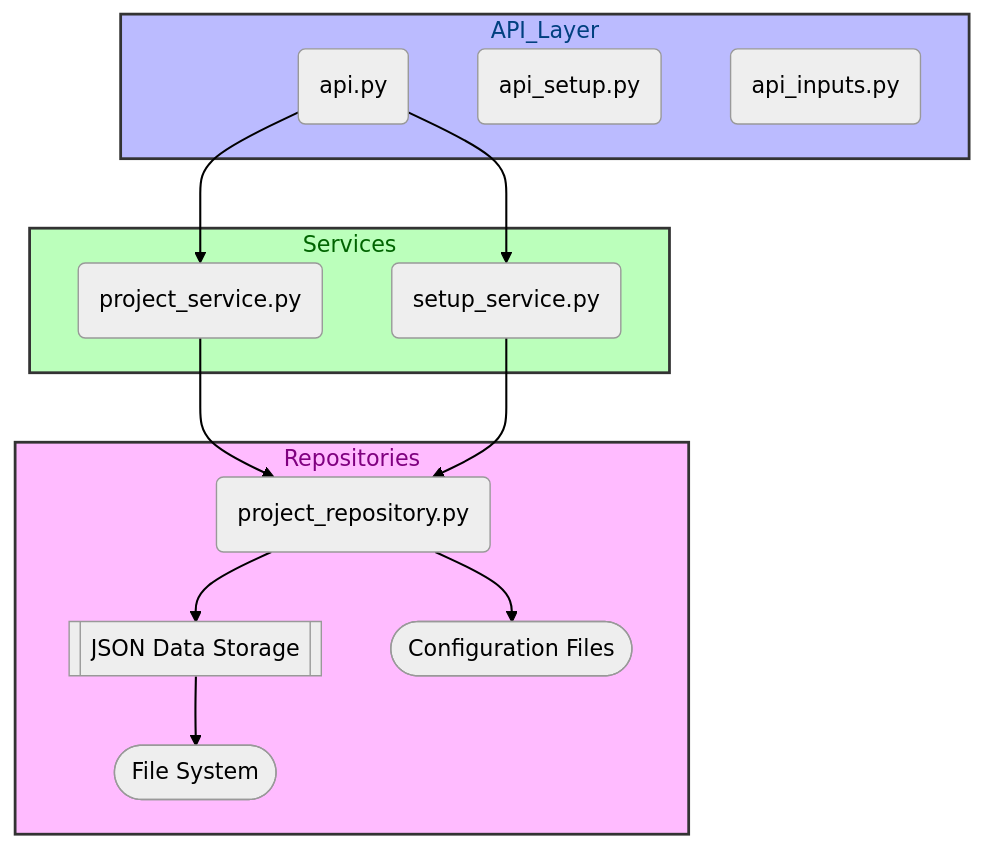
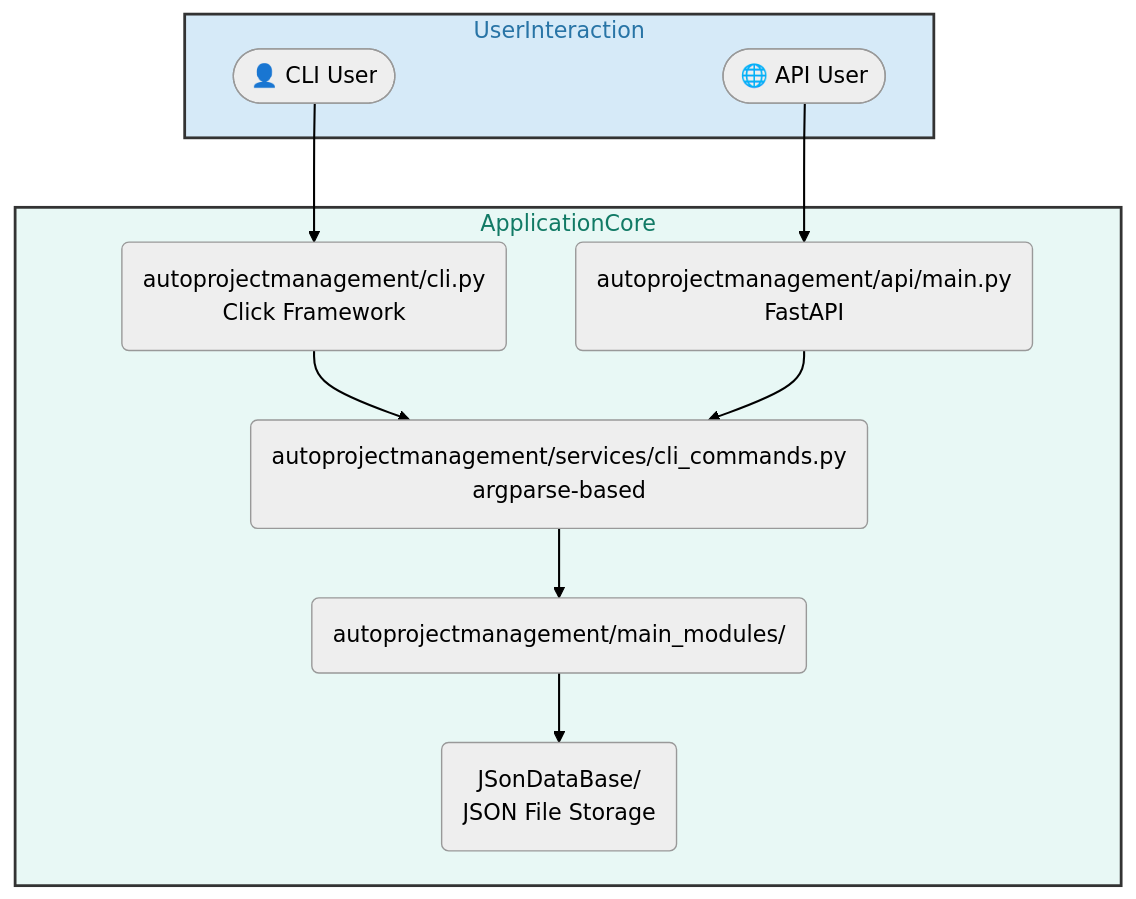
The first of 3 diagrams in Docs/entire_project/architecture.md (Shakour-Data/AutoProjectManagement), drawn with Mermaid (neutral theme) before and after one commit. The commit also changed other lines of this file, not shown here.

Commit message:
🐛 fix: Modified files updated\n\nChanges included (as of 2025-08-09 15:10:29):\n- Docs/entire_project/architecture.md: This file was modified with updates or fixes.\n  Summary:\n    No diff available.\n\n\nPlease describe the reason or issue addressed by these changes.

````diff
--- a/Docs/entire_project/architecture.md
+++ b/Docs/entire_project/architecture.md
@@ -116,32 +12,26 @@
 ```mermaid
 graph TD
     linkStyle default stroke:#000,stroke-width:1.5px
-    subgraph API_Layer
-        style API_Layer fill:#bbf,stroke:#333,stroke-width:2px,color:#004080
-        API(api.py)
-        API_SETUP(api_setup.py)
-        API_INPUTS(api_inputs.py)
+
+    subgraph UserInteraction
+        style UserInteraction fill:#d6eaf8,stroke:#333,stroke-width:2px,color:#2874a6
+        CLIUser([👤 CLI User])
+        APIUser([🌐 API User])
     end
 
-    subgraph Services
-        style Services fill:#bfb,stroke:#333,stroke-width:2px,color:#006400
-        PROJ_SVC(project_service.py)
-        SETUP_SVC(setup_service.py)
+    subgraph ApplicationCore
+        style ApplicationCore fill:#e8f8f5,stroke:#333,stroke-width:2px,color:#117a65
+        CLI("autoprojectmanagement/cli.py<br/>Click Framework")
+        API("autoprojectmanagement/api/main.py<br/>FastAPI")
+        Services("autoprojectmanagement/services/cli_commands.py<br/>argparse-based")
+        MainModules("autoprojectmanagement/main_modules/")
+        DataStorage("JSonDataBase/<br/>JSON File Storage")
     end
 
-    subgraph Repositories
-        style Repositories fill:#fbf,stroke:#333,stroke-width:2px,color:#800080
-        PROJ_REPO(project_repository.py)
-        JSON_DS[[JSON Data Storage]]
-        CONF_FILES([Configuration Files])
-        FILE_SYS([File System])
-    end
-
-    API --> PROJ_SVC
-    API --> SETUP_SVC
-    PROJ_SVC --> PROJ_REPO
-    SETUP_SVC --> PROJ_REPO
-    PROJ_REPO --> JSON_DS
-    PROJ_REPO --> CONF_FILES
-    JSON_DS --> FILE_SYS
+    CLIUser --> CLI
+    APIUser --> API
+    CLI --> Services
+    API --> Services
+    Services --> MainModules
+    MainModules --> DataStorage
 ```
````
